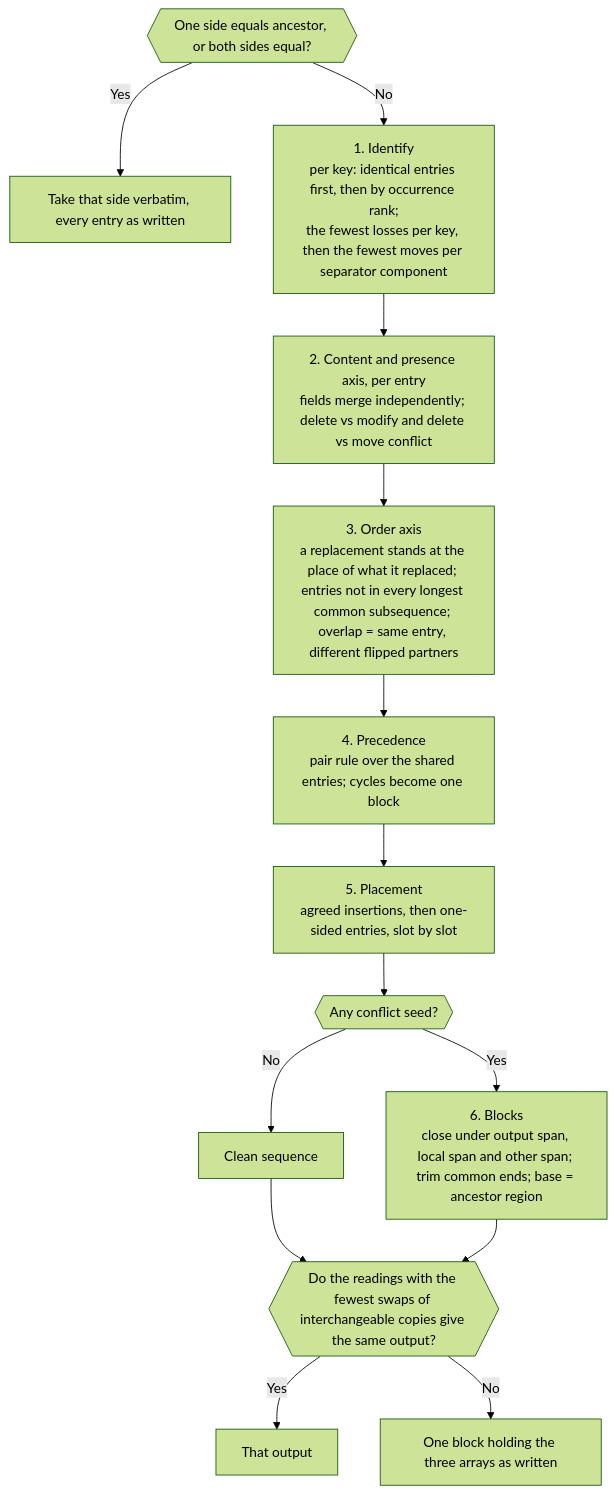
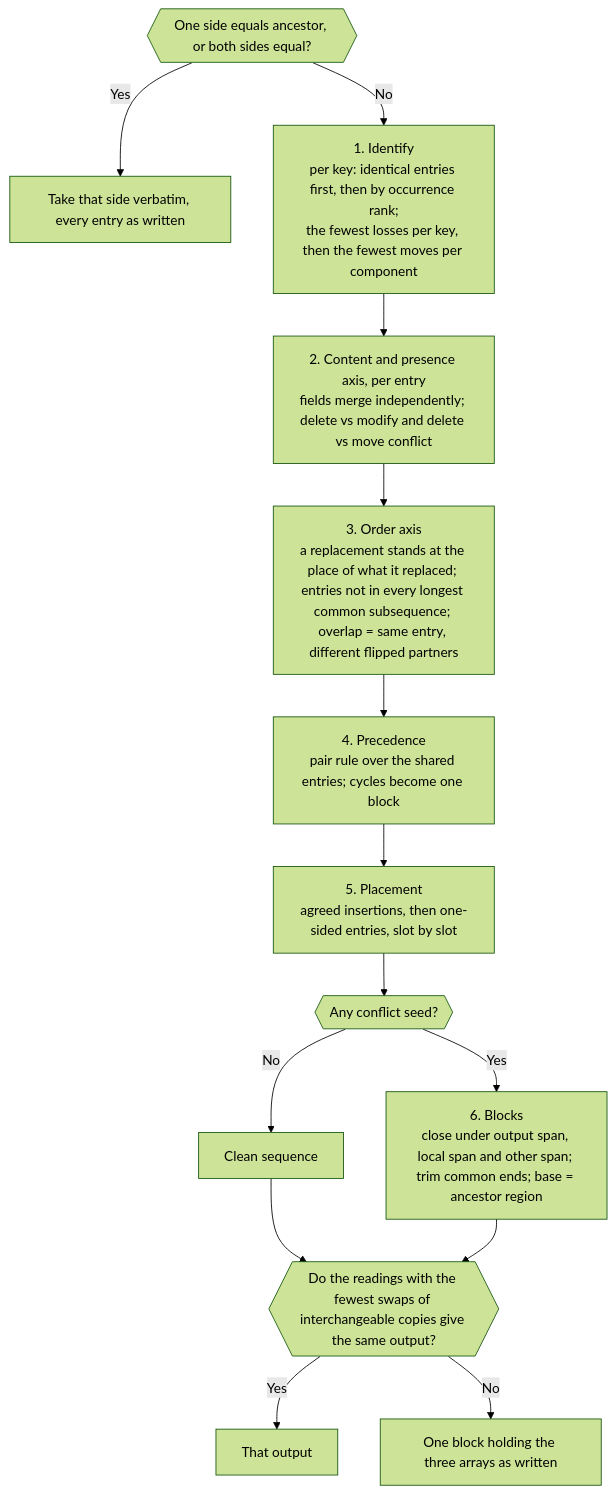
The seventh of 7 diagrams in DESIGN.md (scolladon/sf-git-merge-driver), drawn with Mermaid (forest theme) before and after one commit. The commit also changed other lines of this file and 1 other file, not shown here.

Commit message:
refactor(merger): drop the separator test, subsumed by empty splits

````diff
--- a/DESIGN.md
+++ b/DESIGN.md
@@ -529,20 +529,20 @@
 ```mermaid
 flowchart TD
     Whole{{"One side equals ancestor, or both sides equal?"}}
     Whole -->|Yes| Take["Take that side verbatim, every entry as written"]
     Whole -->|No| Identify
 
-    Identify["1. Identify<br/>per key: identical entries first, then by occurrence rank;<br/>the fewest losses per key, then the fewest moves per separator component"]
+    Identify["1. Identify<br/>per key: identical entries first, then by occurrence rank;<br/>the fewest losses per key, then the fewest moves per component"]
     Identify --> Content["2. Content and presence axis, per entry<br/>fields merge independently; delete vs modify and delete vs move conflict"]
     Content --> Order["3. Order axis<br/>a replacement stands at the place of what it replaced; entries not in every longest common subsequence; overlap = same entry, different flipped partners"]
     Order --> Precedence["4. Precedence<br/>pair rule over the shared entries; cycles become one block"]
     Precedence --> Placement["5. Placement<br/>agreed insertions, then one-sided entries, slot by slot"]
     Placement --> Seeds{{"Any conflict seed?"}}
     Seeds -->|No| Clean["Clean sequence"]
     Seeds -->|Yes| Blocks["6. Blocks<br/>close under output span, local span and other span; trim common ends; base = ancestor region"]
     Clean --> Readings
     Blocks --> Readings
     Readings{{"Do the readings with the fewest swaps of interchangeable copies give the same output?"}}
     Readings -->|Yes| Out["That output"]
     Readings -->|No| WholeConflict["One block holding the three arrays as written"]
 ```
````
